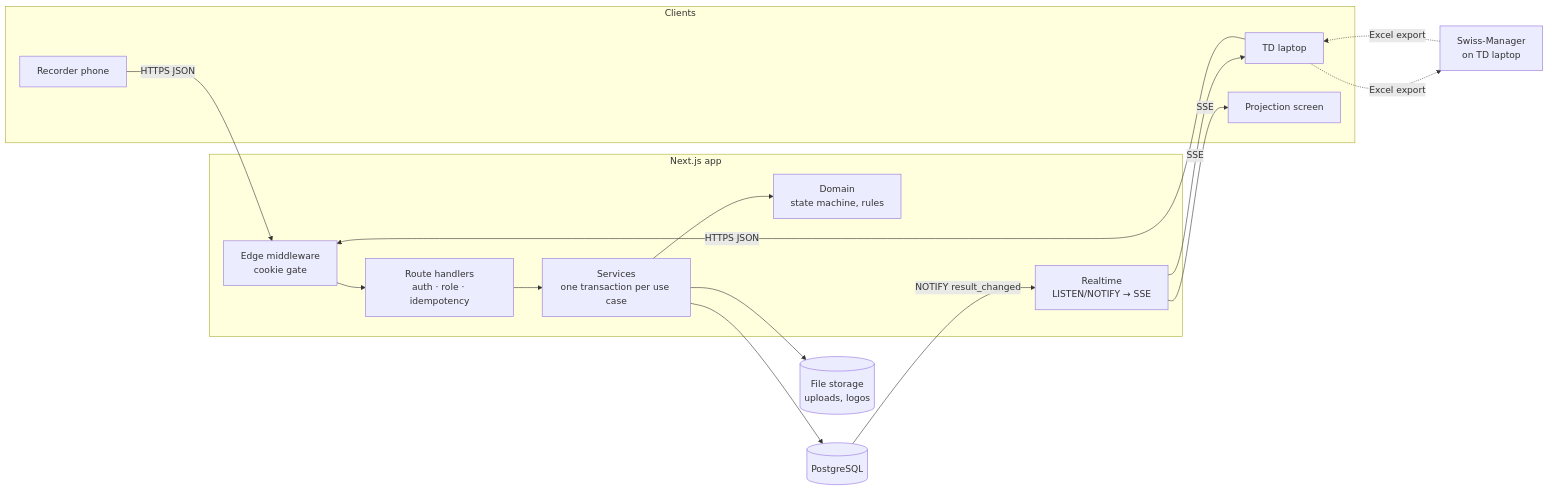
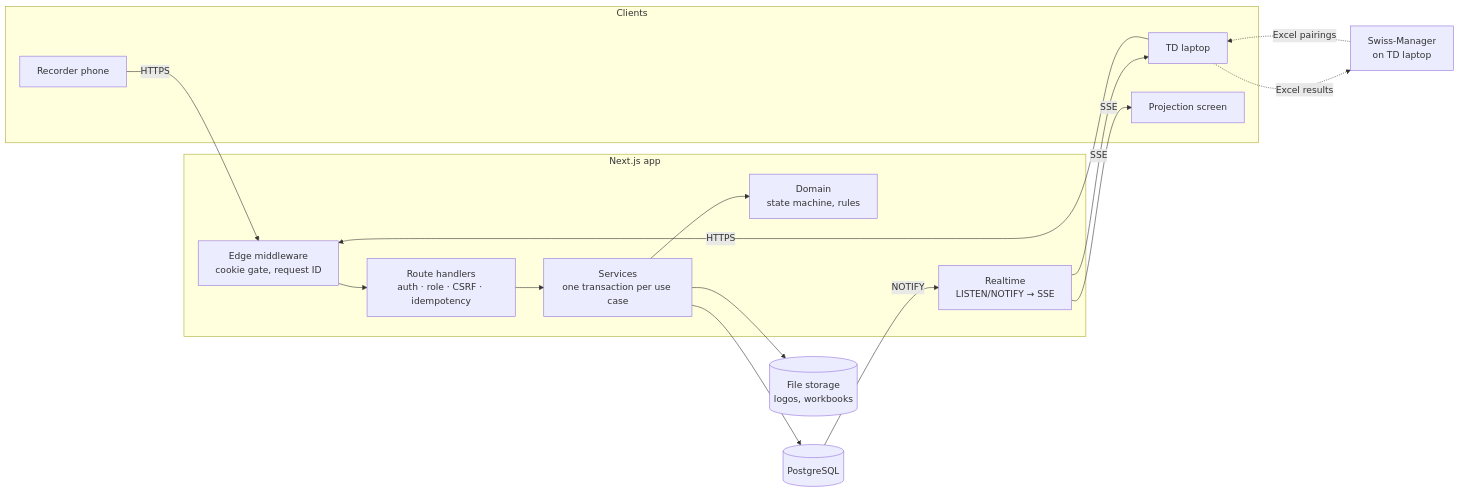
The first of 2 diagrams in README.md (HarryLearnCoding-86/USCC---website), drawn with Mermaid before and after one commit. The commit also changed other lines of this file, not shown here.

````diff
--- a/README.md
+++ b/README.md
@@ -52,25 +449,25 @@
 ```mermaid
 flowchart LR
   subgraph Clients
     R[Recorder phone]
     T[TD laptop]
     P[Projection screen]
   end
   subgraph App[Next.js app]
-    MW[Edge middleware<br/>cookie gate]
-    RH[Route handlers<br/>auth · role · idempotency]
+    MW[Edge middleware<br/>cookie gate, request ID]
+    RH[Route handlers<br/>auth · role · CSRF · idempotency]
     SV[Services<br/>one transaction per use case]
     DM[Domain<br/>state machine, rules]
     RT[Realtime<br/>LISTEN/NOTIFY → SSE]
   end
   DB[(PostgreSQL)]
-  FS[(File storage<br/>uploads, logos)]
+  FS[(File storage<br/>logos, workbooks)]
   SM[Swiss-Manager<br/>on TD laptop]
 
-  R & T -->|HTTPS JSON| MW --> RH --> SV --> DM
+  R & T -->|HTTPS| MW --> RH --> SV --> DM
   SV --> DB
   SV --> FS
-  DB -- NOTIFY result_changed --> RT -- SSE --> T & P
-  SM -. Excel export .-> T
-  T -. Excel export .-> SM
+  DB -- NOTIFY --> RT -- SSE --> T & P
+  SM -. Excel pairings .-> T
+  T -. Excel results .-> SM
 ```
````
